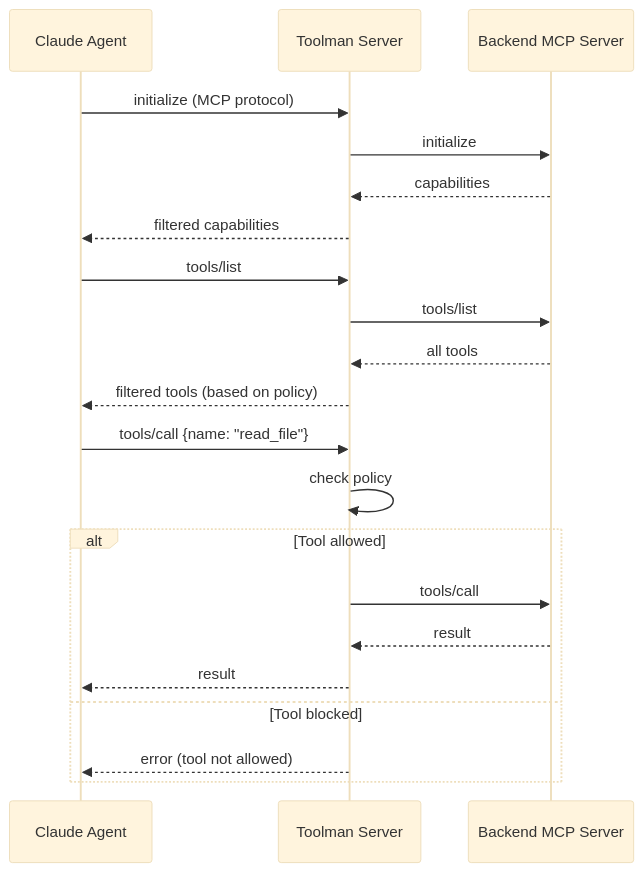
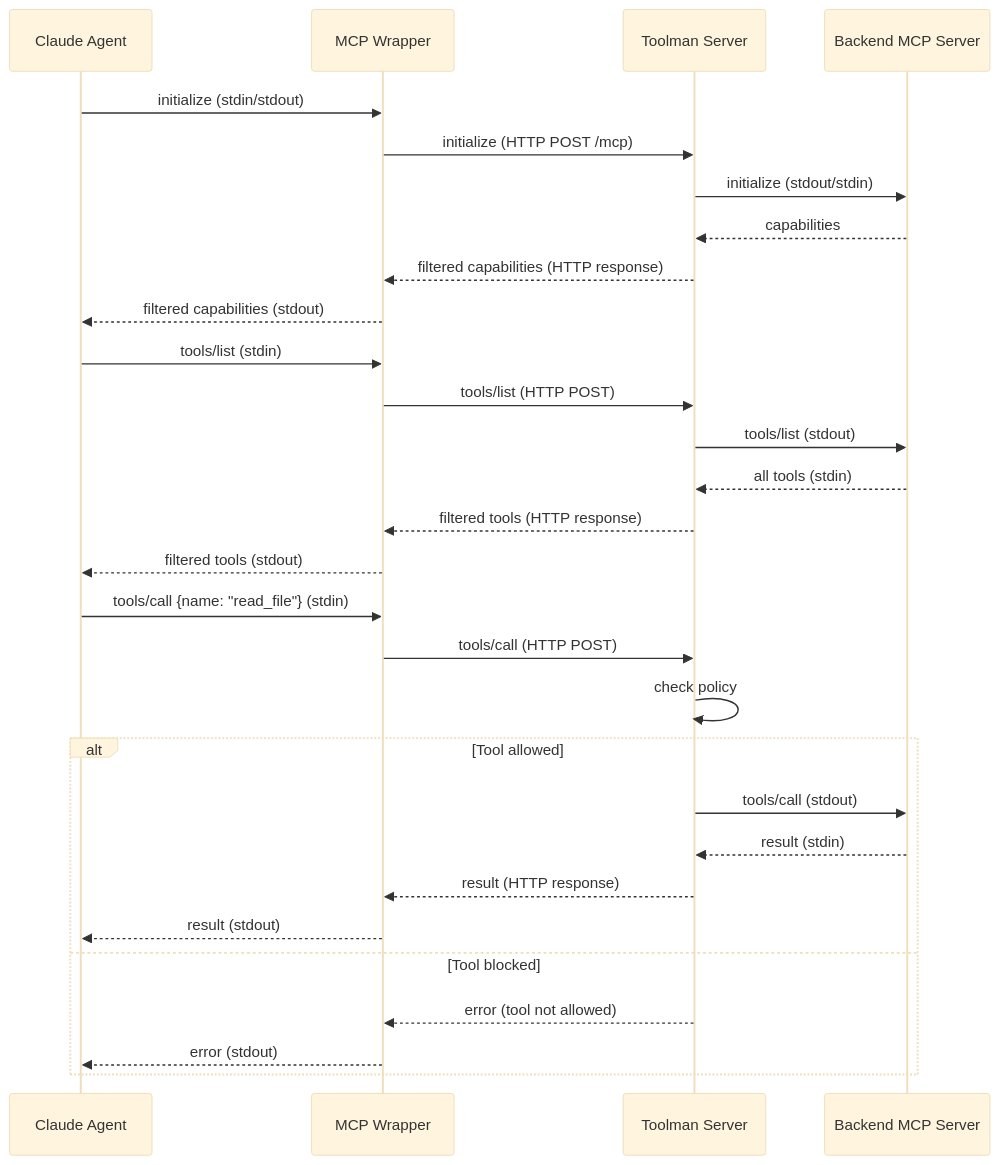
One commit to 5dlabs/platform changed the second of 2 diagrams in docs/toolman-integration-guide.md. Above: the diagram before and after it, drawn with Mermaid (base theme). The commit also changed other lines of this file and 8 other files, not shown here.

First line of the commit message:
feat: implement HTTP-based toolman architecture with MCP wrapper

````diff
--- a/docs/toolman-integration-guide.md
+++ b/docs/toolman-integration-guide.md
@@ -122,26 +128,34 @@
 ```mermaid
 sequenceDiagram
     participant Agent as Claude Agent
+    participant Wrapper as MCP Wrapper
     participant Toolman as Toolman Server
     participant Backend as Backend MCP Server
     
-    Agent->>Toolman: initialize (MCP protocol)
-    Toolman->>Backend: initialize
+    Agent->>Wrapper: initialize (stdin/stdout)
+    Wrapper->>Toolman: initialize (HTTP POST /mcp)
+    Toolman->>Backend: initialize (stdout/stdin)
     Backend-->>Toolman: capabilities
-    Toolman-->>Agent: filtered capabilities
+    Toolman-->>Wrapper: filtered capabilities (HTTP response)
+    Wrapper-->>Agent: filtered capabilities (stdout)
     
-    Agent->>Toolman: tools/list
-    Toolman->>Backend: tools/list
-    Backend-->>Toolman: all tools
-    Toolman-->>Agent: filtered tools (based on policy)
+    Agent->>Wrapper: tools/list (stdin)
+    Wrapper->>Toolman: tools/list (HTTP POST)
+    Toolman->>Backend: tools/list (stdout)
+    Backend-->>Toolman: all tools (stdin)
+    Toolman-->>Wrapper: filtered tools (HTTP response)
+    Wrapper-->>Agent: filtered tools (stdout)
     
-    Agent->>Toolman: tools/call {name: "read_file"}
+    Agent->>Wrapper: tools/call {name: "read_file"} (stdin)
+    Wrapper->>Toolman: tools/call (HTTP POST)
     Toolman->>Toolman: check policy
     alt Tool allowed
-        Toolman->>Backend: tools/call
-        Backend-->>Toolman: result
-        Toolman-->>Agent: result
+        Toolman->>Backend: tools/call (stdout)
+        Backend-->>Toolman: result (stdin)
+        Toolman-->>Wrapper: result (HTTP response)
+        Wrapper-->>Agent: result (stdout)
     else Tool blocked
-        Toolman-->>Agent: error (tool not allowed)
+        Toolman-->>Wrapper: error (tool not allowed)
+        Wrapper-->>Agent: error (stdout)
     end
 ```
````
